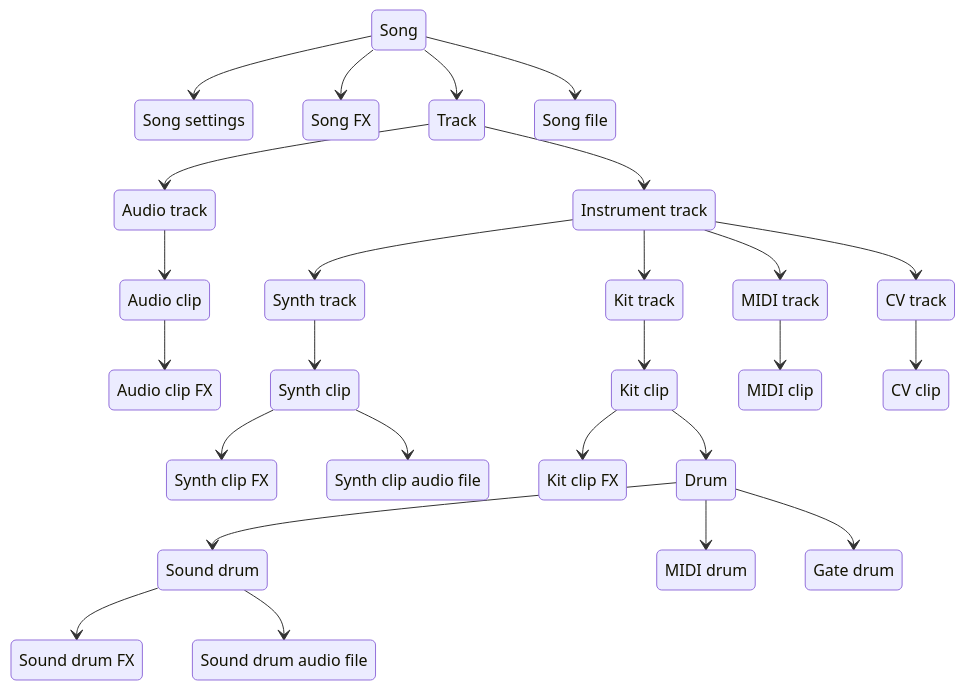
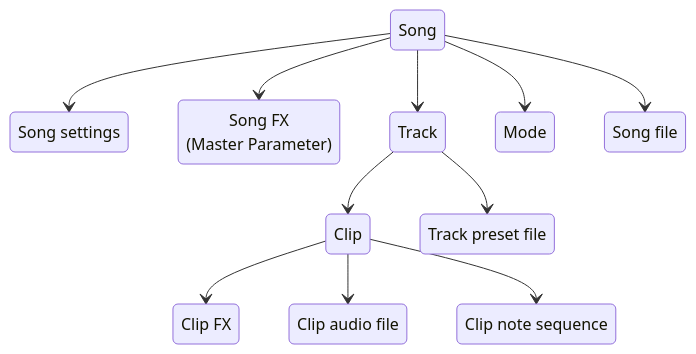
One commit to SynthstromAudible/DelugeFirmware changed the first of 16 diagrams in website/src/content/docs/manual/introduction/concepts.mdx. Above: the diagram before and after it, drawn with Mermaid. The commit also changed other lines of this file and 1 other file, not shown here.

````diff
--- a/website/src/content/docs/manual/introduction/concepts.mdx
+++ b/website/src/content/docs/manual/introduction/concepts.mdx
@@ -17,52 +10,21 @@
 ```mermaid
 stateDiagram-v2
   Song --> SongSettings
   Song --> SongFX
   Song --> Track
+  Song --> Mode
+  Track --> Clip
+  Clip --> ClipFX
+  Clip --> ClipAudioFile
+  Clip --> ClipNoteSequence
+  Track --> TrackPresetFile
   Song --> SongFile
-  Track --> AudioTrack
-  AudioTrack --> AudioClip
-  AudioClip --> AudioClipFX
-  Track --> InstrumentTrack
-  InstrumentTrack --> SynthTrack
-  InstrumentTrack --> KitTrack
-  InstrumentTrack --> MIDITrack
-  InstrumentTrack --> CVTrack
-  SynthTrack --> SynthClip
-  SynthClip --> SynthClipFX
-  SynthClip --> SynthClipAudioFile
-  KitTrack --> KitClip
-  KitClip --> KitClipFX
-  KitClip --> Drum
-  Drum --> SoundDrum
-  SoundDrum --> SoundDrumFX
-  SoundDrum --> SoundDrumAudioFile
-  Drum --> MIDIDrum
-  Drum --> GateDrum
-  MIDITrack --> MIDIClip
-  CVTrack --> CVClip
 
   SongSettings: Song settings
-  SongFX: Song FX
+  SongFX: Song FX <br> (Master Parameter)
   SongFile: Song file
-  AudioTrack: Audio track
-  AudioClip: Audio clip
-  AudioClipFX: Audio clip FX
-  InstrumentTrack: Instrument track
-  SynthTrack: Synth track
-  SynthClip: Synth clip
-  SynthClipFX: Synth clip FX
-  SynthClipAudioFile: Synth clip audio file
-  KitTrack: Kit track
-  KitClip: Kit clip
-  KitClipFX: Kit clip FX
-  SoundDrum: Sound drum
-  SoundDrumFX: Sound drum FX
-  SoundDrumAudioFile: Sound drum audio file
-  MIDIDrum: MIDI drum
-  GateDrum: Gate drum
-  MIDITrack: MIDI track
-  MIDIClip: MIDI clip
-  CVTrack: CV track
-  CVClip: CV clip
+  TrackPresetFile: Track preset file
+  ClipFX: Clip FX
+  ClipAudioFile: Clip audio file
+  ClipNoteSequence: Clip note sequence
 ```
````
